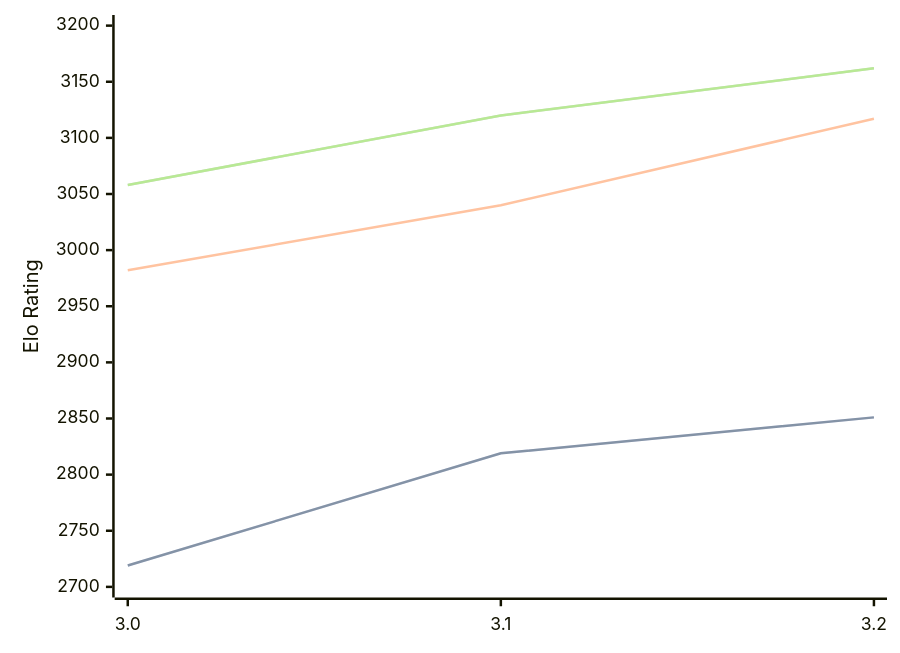
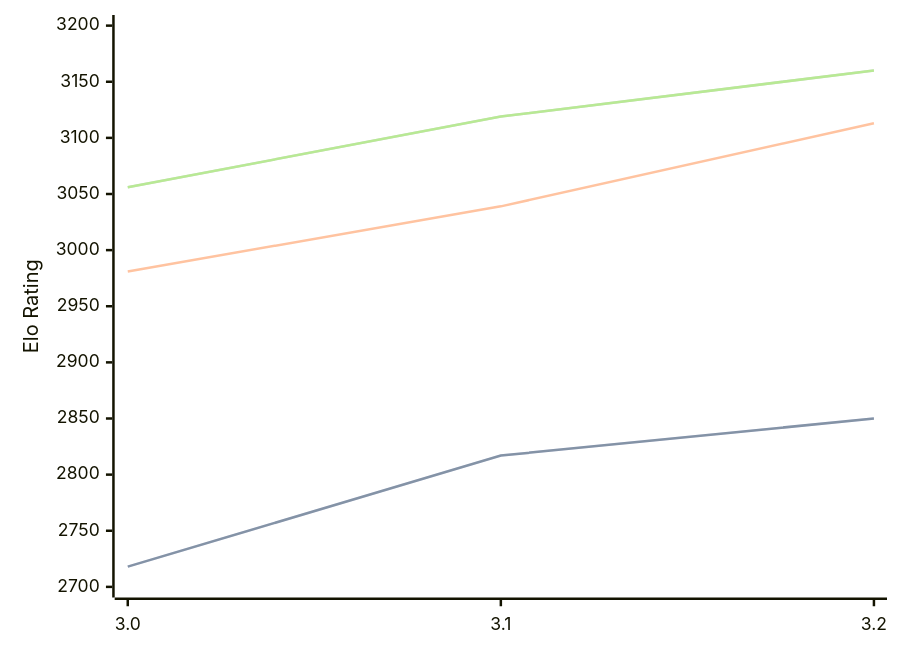
The diagram in engines/Vajolet2.md (computer-chess-index/cci), drawn with Mermaid before and after one commit. The commit also changed other lines of this file, not shown here.

Commit message:
Update CCI Ratings (ELO VLTC) - 2026-08-04

````diff
--- a/engines/Vajolet2.md
+++ b/engines/Vajolet2.md
@@ -41,11 +41,11 @@
 ```mermaid
 %%{init: {"theme":"base","themeVariables":{"seriesColors:['#a3a3a3','#222221','#faa371']}}}%%
 xychart-beta
   x-axis ["3.0", "3.1", "3.2"]
   y-axis "Elo Rating" 2700 --> 3200
-  line "STC (8.0+0.08s)" [2719, 2819, 2851]
-  line "STC (8.0+0.08s)" [2719, 2819, 2851]
-  line "LTC (60.0+0.60s)" [2982, 3040, 3117]
-  line "VLTC (2m24s+1.12s)" [3058, 3120, 3162]
-  line "VLTC (2m24s+1.12s)" [3058, 3120, 3162]
+  line "STC (8.0+0.08s)" [2718, 2817, 2850]
+  line "STC (8.0+0.08s)" [2718, 2817, 2850]
+  line "LTC (60.0+0.60s)" [2981, 3039, 3113]
+  line "VLTC (2m24s+1.12s)" [3056, 3119, 3160]
+  line "VLTC (2m24s+1.12s)" [3056, 3119, 3160]
 ```
````
